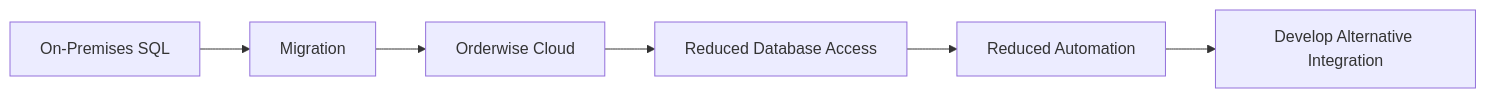
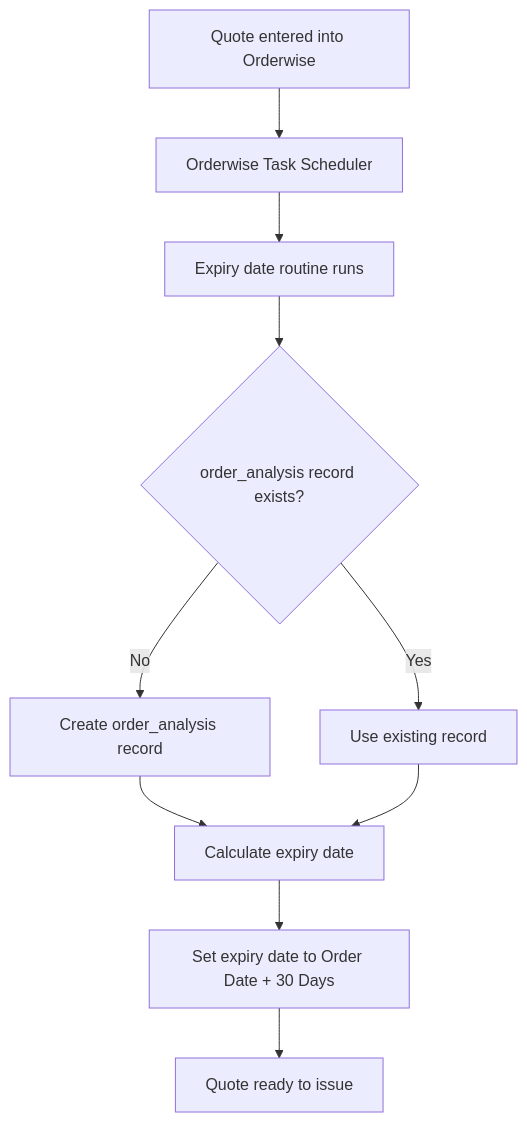
One commit to ArinITDev/OWAPI-Getting-Started changed the diagram in README.md. Above: the diagram before and after it, drawn with Mermaid. The commit also changed other lines of this file, not shown here.

Commit message:
Revise README to clarify expiry-date routine process
Updated the explanation of the expiry-date routine implementation and its challenges. Improved clarity on the timing dependency of the Orderwise Task Scheduler and the need for immediate quote issuance.

````diff
--- a/README.md
+++ b/README.md
@@ -15,8 +15,18 @@
 ```mermaid
-flowchart LR
-    A[On-Premises SQL] --> B[Migration]
-    B --> C[Orderwise Cloud]
-    C --> D[Reduced Database Access]
-    D --> E[Reduced Automation]
-    E --> F[Develop Alternative Integration]
+flowchart TD
+    A[Quote entered into Orderwise]
+    
+    A --> B[Orderwise Task Scheduler]
+    B --> C[Expiry date routine runs]
+    
+    C --> D{order_analysis record exists?}
+    
+    D -->|No| E[Create order_analysis record]
+    D -->|Yes| F[Use existing record]
+    
+    E --> G[Calculate expiry date]
+    F --> G
+    
+    G --> H[Set expiry date to Order Date + 30 Days]
+    H --> I[Quote ready to issue]
 ```
````
